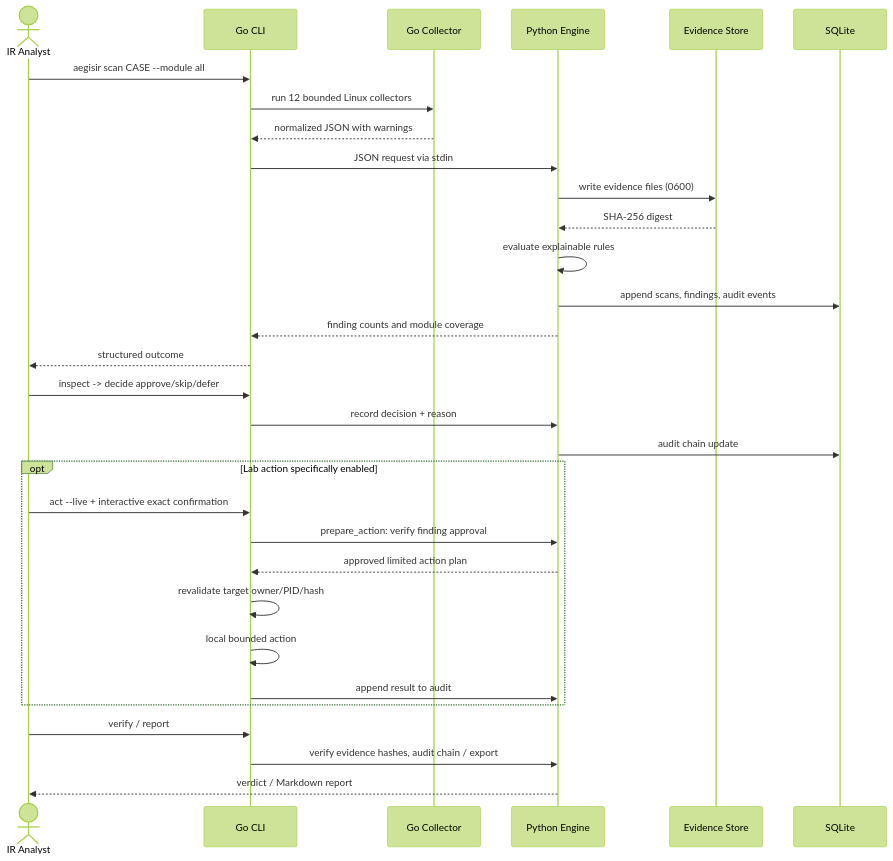
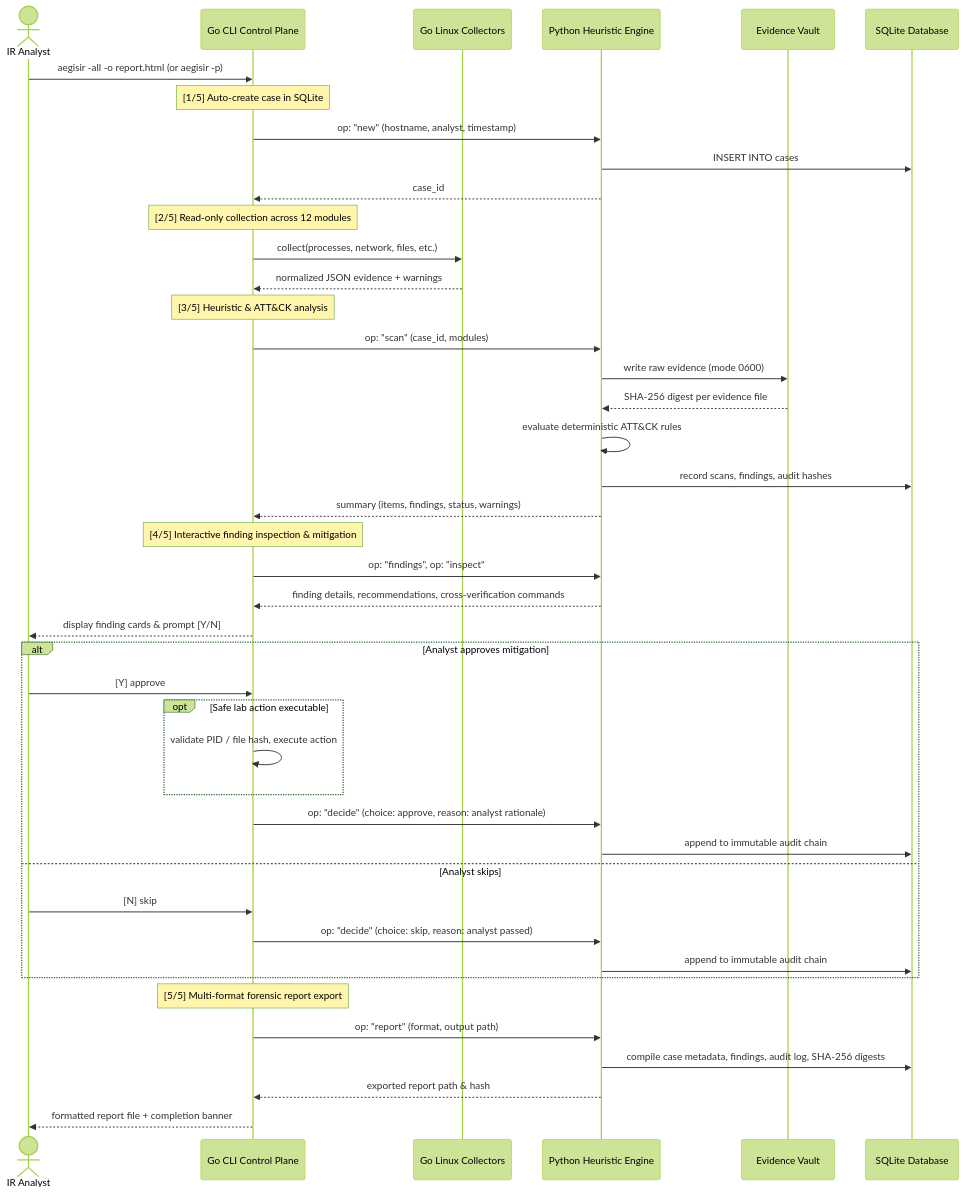
The second of 2 diagrams in docs/02-SYSTEM-ARCHITECTURE.md (shii9/AegisIR), drawn with Mermaid (forest theme) before and after one commit. The commit also changed other lines of this file and 2 other files, not shown here.

Commit message:
docs: align architecture and workflow specifications with the 5-stage triage pipeline and interactive TUI

````diff
--- a/docs/02-SYSTEM-ARCHITECTURE.md
+++ b/docs/02-SYSTEM-ARCHITECTURE.md
@@ -28,33 +48,50 @@
 ```mermaid
 sequenceDiagram
     actor IR as IR Analyst
-    participant G as Go CLI
-    participant C as Go Collector
-    participant P as Python Engine
-    participant E as Evidence Store
-    participant D as SQLite
-    IR->>G: aegisir scan CASE --module all
-    G->>C: run 12 bounded Linux collectors
-    C-->>G: normalized JSON with warnings
-    G->>P: JSON request via stdin
-    P->>E: write evidence files (0600)
-    E-->>P: SHA-256 digest
-    P->>P: evaluate explainable rules
-    P->>D: append scans, findings, audit events
-    P-->>G: finding counts and module coverage
-    G-->>IR: structured outcome
-    IR->>G: inspect -> decide approve/skip/defer
-    G->>P: record decision + reason
-    P->>D: audit chain update
-    opt Lab action specifically enabled
-       IR->>G: act --live + interactive exact confirmation
-       G->>P: prepare_action: verify finding approval
-       P-->>G: approved limited action plan
-       G->>G: revalidate target owner/PID/hash
-       G->>G: local bounded action
-       G->>P: append result to audit
+    participant G as Go CLI Control Plane
+    participant C as Go Linux Collectors
+    participant P as Python Heuristic Engine
+    participant E as Evidence Vault
+    participant D as SQLite Database
+    
+    IR->>G: aegisir -all -o report.html (or aegisir -p)
+    Note over G: [1/5] Auto-create case in SQLite
+    G->>P: op: "new" (hostname, analyst, timestamp)
+    P->>D: INSERT INTO cases
+    P-->>G: case_id
+    
+    Note over G: [2/5] Read-only collection across 12 modules
+    G->>C: collect(processes, network, files, etc.)
+    C-->>G: normalized JSON evidence + warnings
+    
+    Note over G: [3/5] Heuristic & ATT&CK analysis
+    G->>P: op: "scan" (case_id, modules)
+    P->>E: write raw evidence (mode 0600)
+    E-->>P: SHA-256 digest per evidence file
+    P->>P: evaluate deterministic ATT&CK rules
+    P->>D: record scans, findings, audit hashes
+    P-->>G: summary (items, findings, status, warnings)
+    
+    Note over G: [4/5] Interactive finding inspection & mitigation
+    G->>P: op: "findings", op: "inspect"
+    P-->>G: finding details, recommendations, cross-verification commands
+    G-->>IR: display finding cards & prompt [Y/N]
+    alt Analyst approves mitigation
+        IR->>G: [Y] approve
+        opt Safe lab action executable
+            G->>G: validate PID / file hash, execute action
+        end
+        G->>P: op: "decide" (choice: approve, reason: analyst rationale)
+        P->>D: append to immutable audit chain
+    else Analyst skips
+        IR->>G: [N] skip
+        G->>P: op: "decide" (choice: skip, reason: analyst passed)
+        P->>D: append to immutable audit chain
     end
-    IR->>G: verify / report
-    G->>P: verify evidence hashes, audit chain / export
-    P-->>IR: verdict / Markdown report
+    
+    Note over G: [5/5] Multi-format forensic report export
+    G->>P: op: "report" (format, output path)
+    P->>D: compile case metadata, findings, audit log, SHA-256 digests
+    P-->>G: exported report path & hash
+    G-->>IR: formatted report file + completion banner
 ```
````
